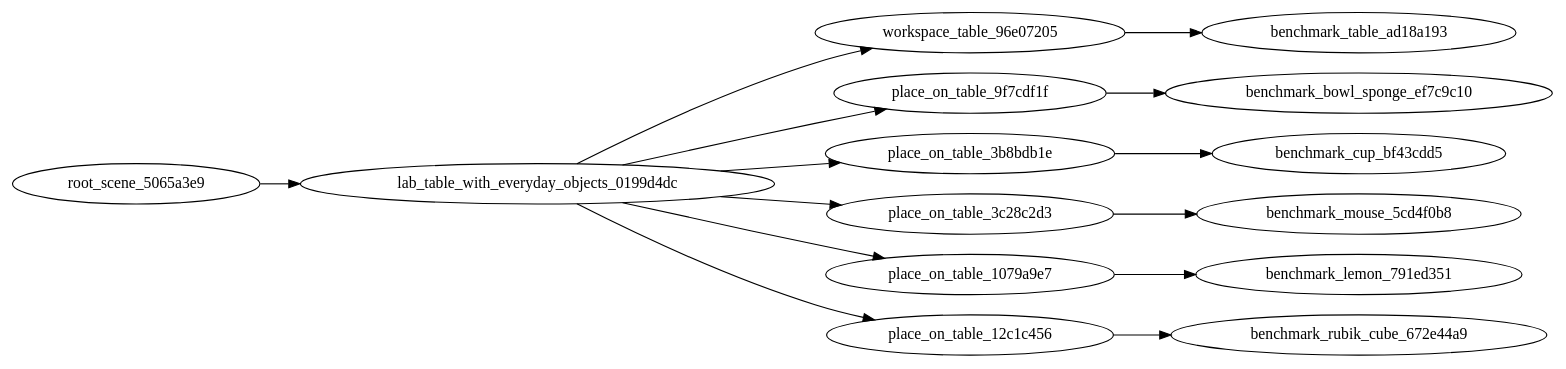
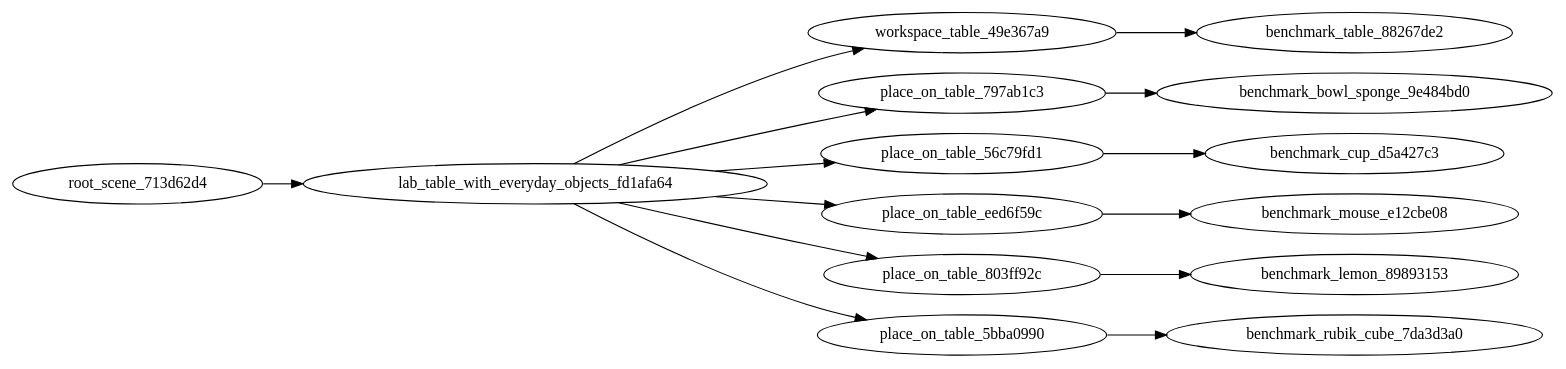
One commit to cnboonhan/data-flywheel changed the diagram in sensors/autolearn/adapter/tasks/place_object_relative_position_lab/instances/2/graph.dot. Above: the diagram before and after it, drawn with Graphviz. The commit also changed 87 other files, not shown here.

```diff
--- a/sensors/autolearn/adapter/tasks/place_object_relative_position_lab/instances/2/graph.dot
+++ b/sensors/autolearn/adapter/tasks/place_object_relative_position_lab/instances/2/graph.dot
@@ -1,30 +1,30 @@
 strict digraph  {
 	graph [rankdir="LR"];
-	"root_scene_5065a3e9";
-	"lab_table_with_everyday_objects_0199d4dc";
-	"workspace_table_96e07205";
-	"benchmark_table_ad18a193" [tags="['workspace_table', 'table', 'white', 'marble_top']"];
-	"place_on_table_9f7cdf1f";
-	"benchmark_bowl_sponge_ef7c9c10" [tags="['sponge', 'benchmark_bowl_sponge_000', 'on_desk', 'left']"];
-	"place_on_table_3b8bdb1e";
-	"benchmark_cup_bf43cdd5" [tags="['paper cup', 'benchmark_cup_105', 'on_desk', 'right']"];
-	"place_on_table_3c28c2d3";
-	"benchmark_mouse_5cd4f0b8" [tags="['computer mouse', 'benchmark_mouse_000', 'on_desk', 'left']"];
-	"place_on_table_1079a9e7";
-	"benchmark_lemon_791ed351" [tags="['lemon', 'benchmark_lemon_030', 'on_desk', 'left']"];
-	"place_on_table_12c1c456";
-	"benchmark_rubik_cube_672e44a9" [tags="['rubik cube', 'benchmark_rubik_cube_001', 'on_desk', 'right']"];
-	"root_scene_5065a3e9" -> "lab_table_with_everyday_objects_0199d4dc";
-	"lab_table_with_everyday_objects_0199d4dc" -> "workspace_table_96e07205";
-	"lab_table_with_everyday_objects_0199d4dc" -> "place_on_table_9f7cdf1f";
-	"lab_table_with_everyday_objects_0199d4dc" -> "place_on_table_3b8bdb1e";
-	"lab_table_with_everyday_objects_0199d4dc" -> "place_on_table_3c28c2d3";
-	"lab_table_with_everyday_objects_0199d4dc" -> "place_on_table_1079a9e7";
-	"lab_table_with_everyday_objects_0199d4dc" -> "place_on_table_12c1c456";
-	"workspace_table_96e07205" -> "benchmark_table_ad18a193";
-	"place_on_table_9f7cdf1f" -> "benchmark_bowl_sponge_ef7c9c10";
-	"place_on_table_3b8bdb1e" -> "benchmark_cup_bf43cdd5";
-	"place_on_table_3c28c2d3" -> "benchmark_mouse_5cd4f0b8";
-	"place_on_table_1079a9e7" -> "benchmark_lemon_791ed351";
-	"place_on_table_12c1c456" -> "benchmark_rubik_cube_672e44a9";
+	"root_scene_713d62d4";
+	"lab_table_with_everyday_objects_fd1afa64";
+	"workspace_table_49e367a9";
+	"benchmark_table_88267de2" [tags="['workspace_table', 'table', 'white', 'marble_top']"];
+	"place_on_table_797ab1c3";
+	"benchmark_bowl_sponge_9e484bd0" [tags="['sponge', 'benchmark_bowl_sponge_000', 'on_desk', 'left']"];
+	"place_on_table_56c79fd1";
+	"benchmark_cup_d5a427c3" [tags="['paper cup', 'benchmark_cup_105', 'on_desk', 'right']"];
+	"place_on_table_eed6f59c";
+	"benchmark_mouse_e12cbe08" [tags="['computer mouse', 'benchmark_mouse_000', 'on_desk', 'left']"];
+	"place_on_table_803ff92c";
+	"benchmark_lemon_89893153" [tags="['lemon', 'benchmark_lemon_030', 'on_desk', 'left']"];
+	"place_on_table_5bba0990";
+	"benchmark_rubik_cube_7da3d3a0" [tags="['rubik cube', 'benchmark_rubik_cube_001', 'on_desk', 'right']"];
+	"root_scene_713d62d4" -> "lab_table_with_everyday_objects_fd1afa64";
+	"lab_table_with_everyday_objects_fd1afa64" -> "workspace_table_49e367a9";
+	"lab_table_with_everyday_objects_fd1afa64" -> "place_on_table_797ab1c3";
+	"lab_table_with_everyday_objects_fd1afa64" -> "place_on_table_56c79fd1";
+	"lab_table_with_everyday_objects_fd1afa64" -> "place_on_table_eed6f59c";
+	"lab_table_with_everyday_objects_fd1afa64" -> "place_on_table_803ff92c";
+	"lab_table_with_everyday_objects_fd1afa64" -> "place_on_table_5bba0990";
+	"workspace_table_49e367a9" -> "benchmark_table_88267de2";
+	"place_on_table_797ab1c3" -> "benchmark_bowl_sponge_9e484bd0";
+	"place_on_table_56c79fd1" -> "benchmark_cup_d5a427c3";
+	"place_on_table_eed6f59c" -> "benchmark_mouse_e12cbe08";
+	"place_on_table_803ff92c" -> "benchmark_lemon_89893153";
+	"place_on_table_5bba0990" -> "benchmark_rubik_cube_7da3d3a0";
 }
```
